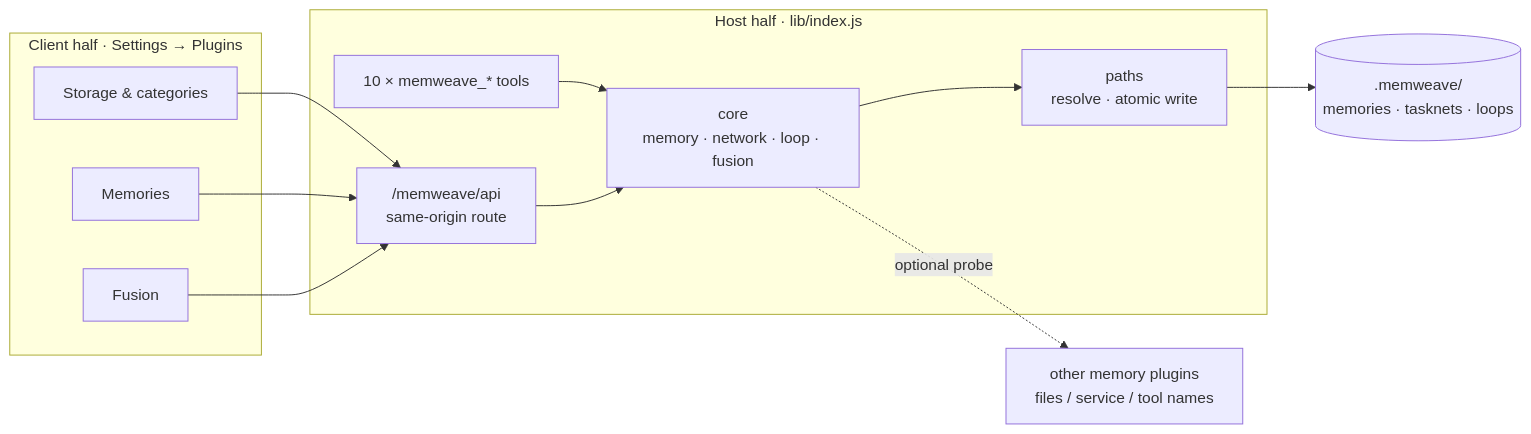
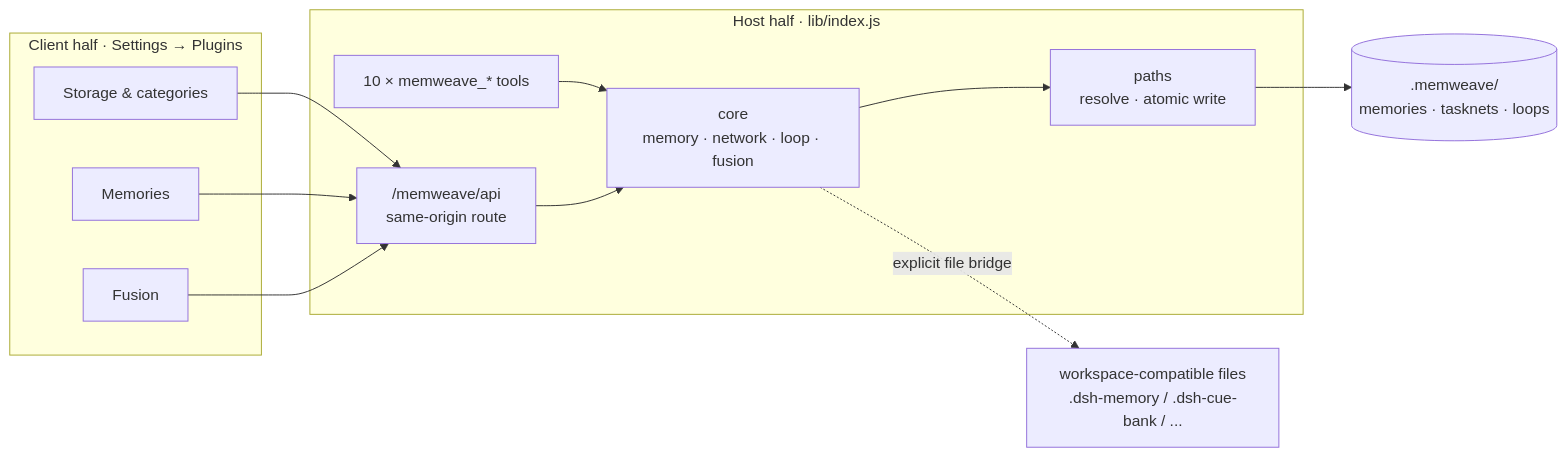
One commit to lw24-1936/dsh-memweave changed the first of 2 diagrams in README.en.md. Above: the diagram before and after it, drawn with Mermaid. The commit also changed other lines of this file and 13 other files, not shown here.

````diff
--- a/README.en.md
+++ b/README.en.md
@@ -128,24 +127,24 @@
 ```mermaid
 flowchart LR
   subgraph C["Client half · Settings → Plugins"]
     UI1["Storage & categories"]
     UI2["Memories"]
     UI3["Fusion"]
   end
 
   subgraph H["Host half · lib/index.js"]
     TOOLS["10 × memweave_* tools"]
     API["/memweave/api<br/>same-origin route"]
     CORE["core<br/>memory · network · loop · fusion"]
     PATHS["paths<br/>resolve · atomic write"]
   end
 
   UI1 --> API
   UI2 --> API
   UI3 --> API
   TOOLS --> CORE
   API --> CORE
   CORE --> PATHS
   PATHS --> STORE[(".memweave/<br/>memories · tasknets · loops")]
-  CORE -. optional probe .-> OTHER["other memory plugins<br/>files / service / tool names"]
+  CORE -. explicit file bridge .-> OTHER["workspace-compatible files<br/>.dsh-memory / .dsh-cue-bank / ..."]
 ```
````
